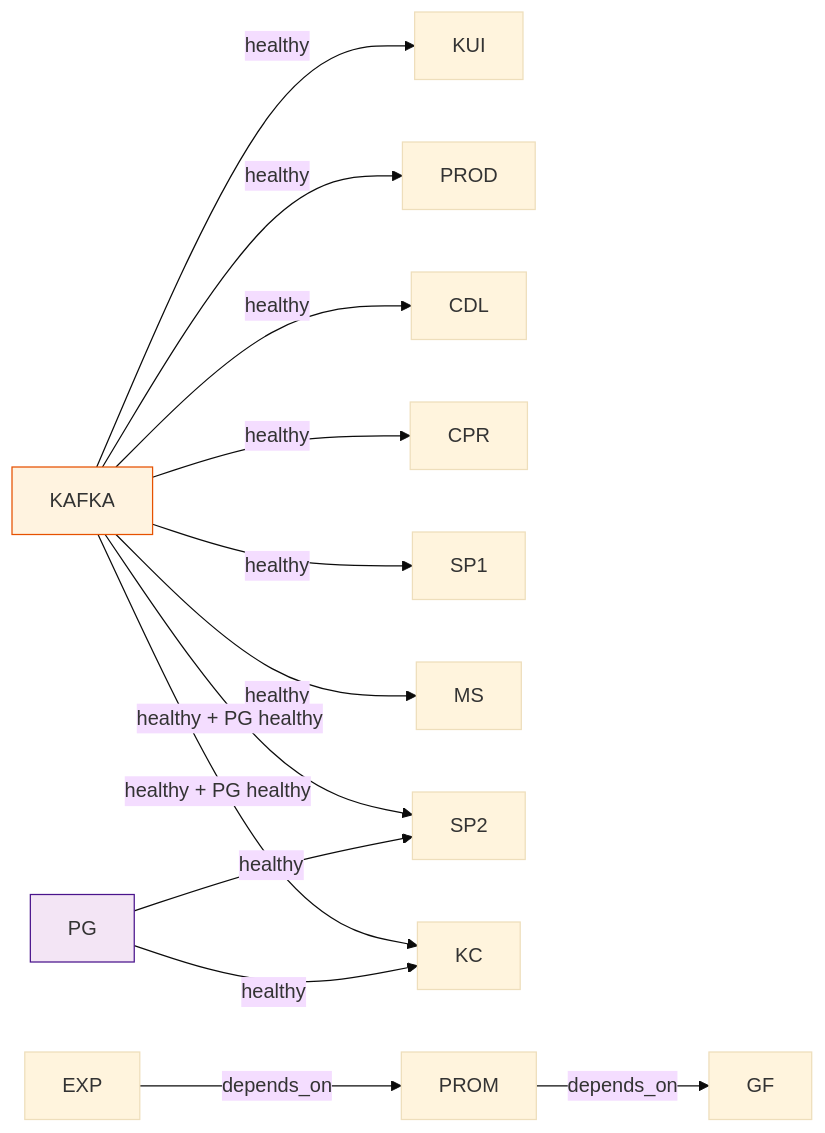
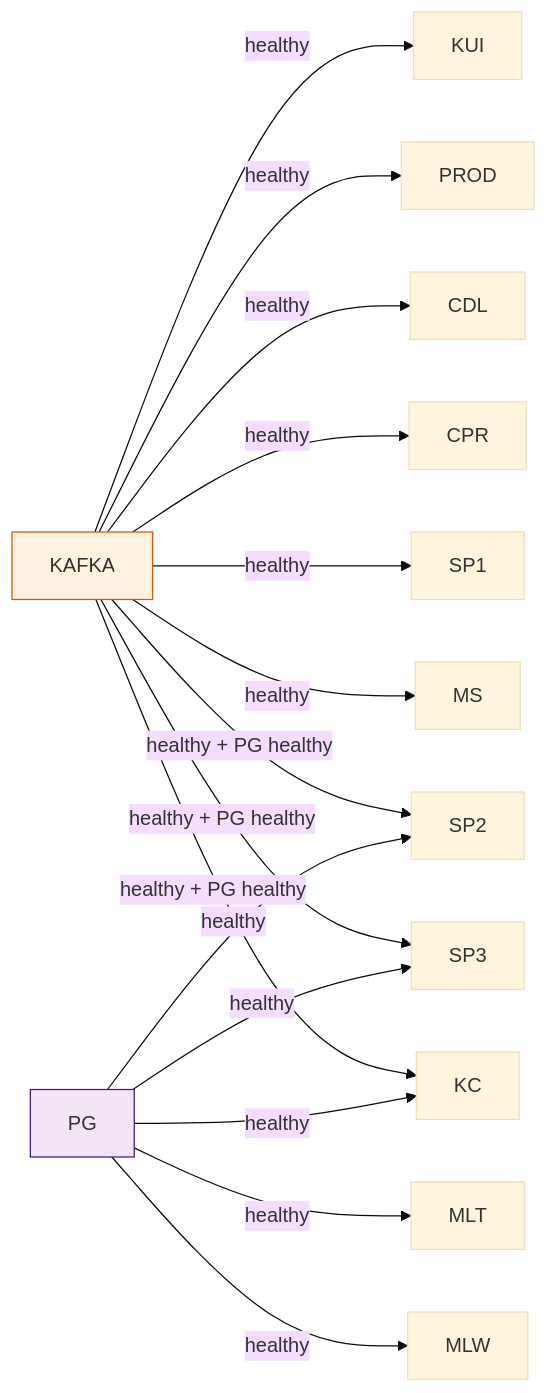
One commit to AlessandroPastor/BigData changed the second of 2 diagrams in docs/arquitectura/infraestructura.md. Above: the diagram before and after it, drawn with Mermaid (base theme). The commit also changed other lines of this file and 28 other files, not shown here.

````diff
--- a/docs/arquitectura/infraestructura.md
+++ b/docs/arquitectura/infraestructura.md
@@ -134,18 +150,20 @@
 ```mermaid
 graph LR
     KAFKA -->|"healthy"| KUI
     KAFKA -->|"healthy"| PROD
     KAFKA -->|"healthy"| CDL
     KAFKA -->|"healthy"| CPR
     KAFKA -->|"healthy"| SP1
     KAFKA -->|"healthy"| MS
     KAFKA -->|"healthy + PG healthy"| SP2
+    KAFKA -->|"healthy + PG healthy"| SP3
     KAFKA -->|"healthy + PG healthy"| KC
     PG -->|"healthy"| SP2
+    PG -->|"healthy"| SP3
     PG -->|"healthy"| KC
-    EXP -->|"depends_on"| PROM
-    PROM -->|"depends_on"| GF
+    PG -->|"healthy"| MLT
+    PG -->|"healthy"| MLW
 
     style KAFKA fill:#FFF3E0,stroke:#E65100
     style PG fill:#F3E5F5,stroke:#4A148C
 ```
````
